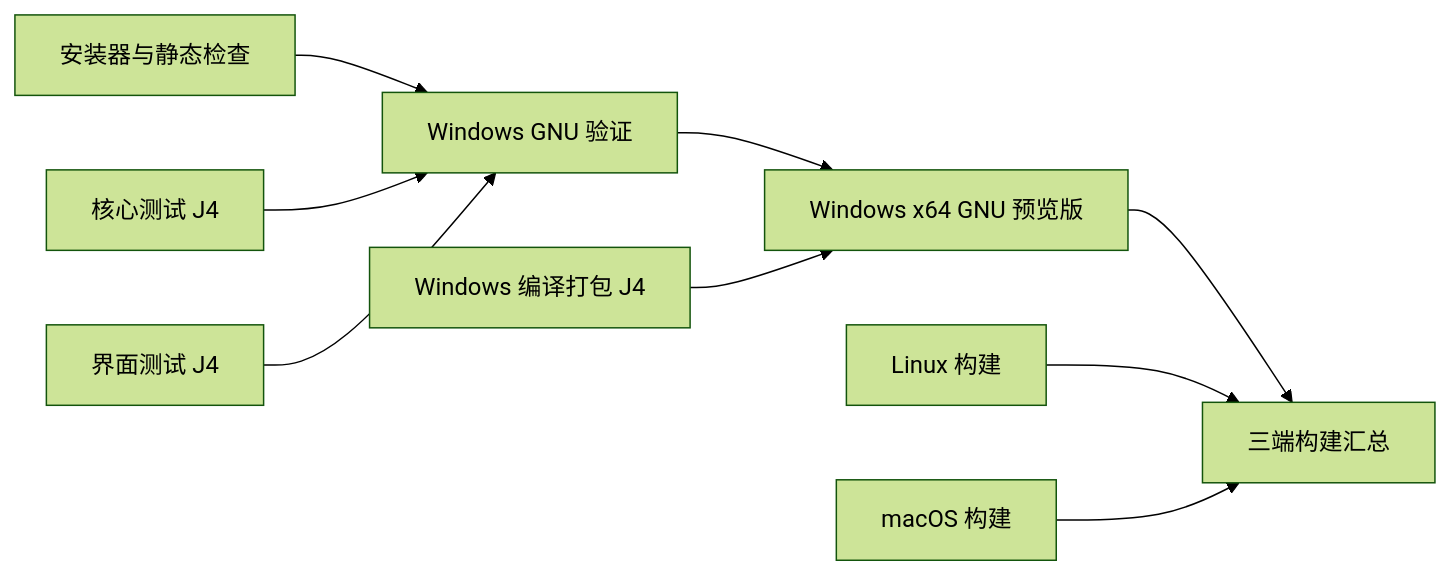
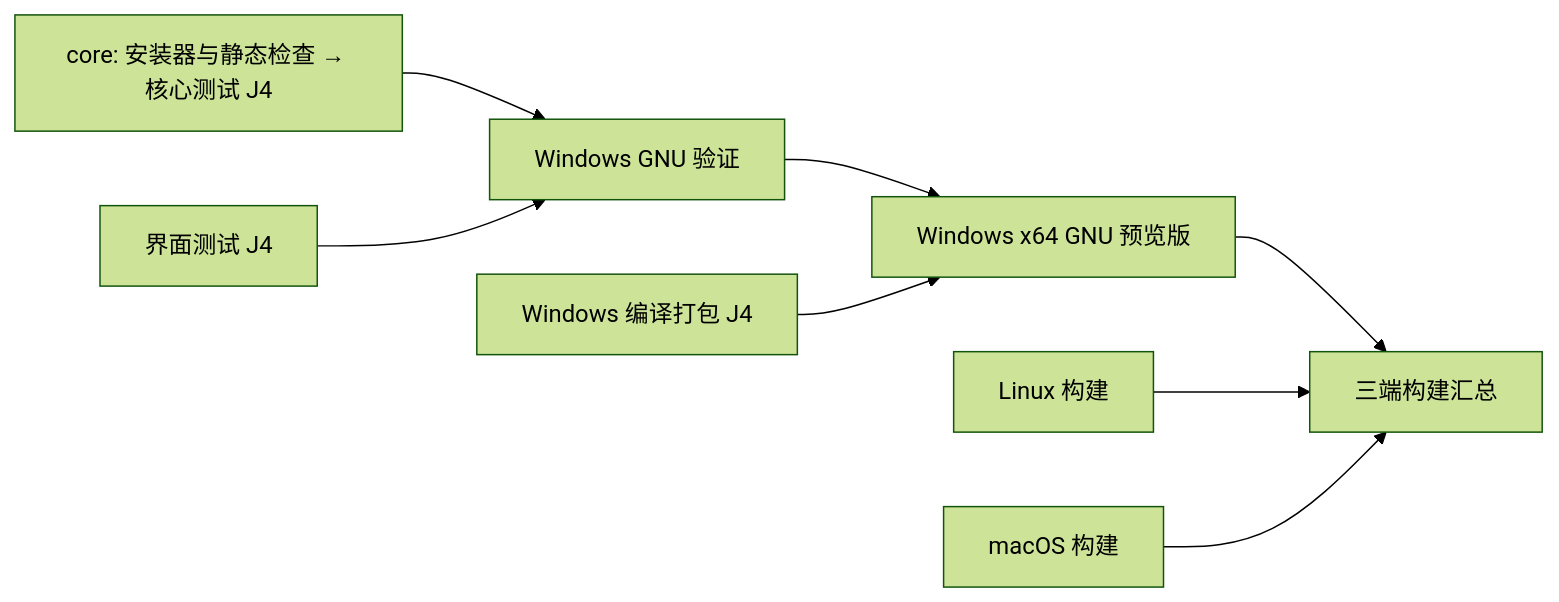
The diagram in docs/WINDOWS-CI-PERFORMANCE.md (JoyElliot/grok-build-Chinese), drawn with Mermaid (forest theme) before and after one commit. The commit also changed other lines of this file and 4 other files, not shown here.

````diff
--- a/docs/WINDOWS-CI-PERFORMANCE.md
+++ b/docs/WINDOWS-CI-PERFORMANCE.md
@@ -5,11 +5,10 @@
 ```mermaid
 flowchart LR
-    P[安装器与静态检查] --> V[Windows GNU 验证]
-    C[核心测试 J4] --> V
+    C[core: 安装器与静态检查 → 核心测试 J4] --> V[Windows GNU 验证]
     U[界面测试 J4] --> V
     V --> G[Windows x64 GNU 预览版]
     B[Windows 编译打包 J4] --> G
     G --> S[三端构建汇总]
     L[Linux 构建] --> S
     M[macOS 构建] --> S
 ```
````
